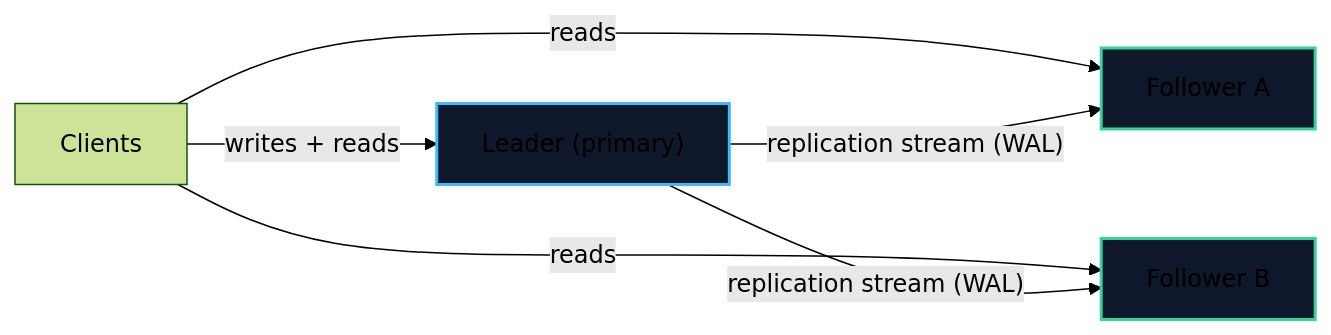
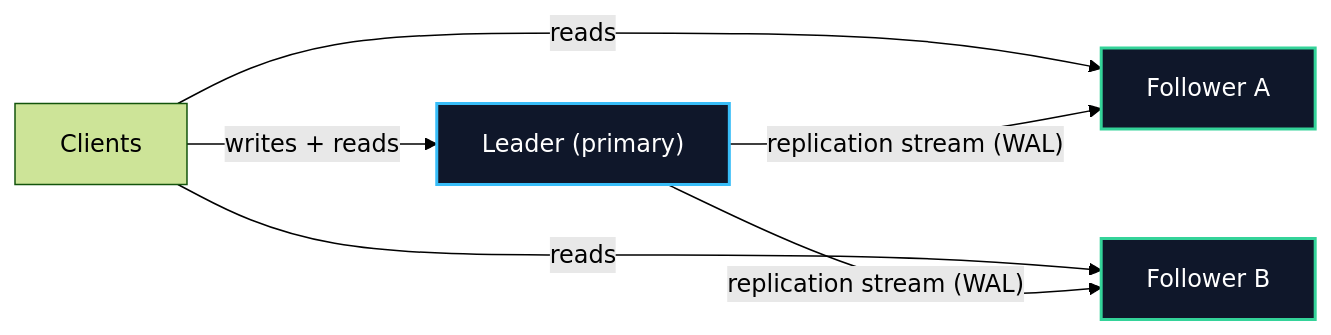
One commit to 1345AbhishekKumar/cs-cookbook changed the first of 4 diagrams in content/docs/databases-sql/04-distributed-data-and-nosql/01-replication.mdx. Above: the diagram before and after it, drawn with Mermaid (forest theme). The commit also changed other lines of this file and 80 other files, not shown here.

````diff
--- a/content/docs/databases-sql/04-distributed-data-and-nosql/01-replication.mdx
+++ b/content/docs/databases-sql/04-distributed-data-and-nosql/01-replication.mdx
@@ -27,12 +27,12 @@
 ```mermaid
 flowchart LR
     C["Clients"] -->|writes + reads| L["Leader (primary)"]
     C -->|reads| R1["Follower A"]
     C -->|reads| R2["Follower B"]
     L -->|"replication stream (WAL)"| R1
     L -->|"replication stream (WAL)"| R2
 
-    style L fill:#0f172a,stroke:#38bdf8,stroke-width:2px
-    style R1 fill:#0f172a,stroke:#34d399,stroke-width:2px
-    style R2 fill:#0f172a,stroke:#34d399,stroke-width:2px
+    style L fill:#0f172a,stroke:#38bdf8,stroke-width:2px,color:#ffffff
+    style R1 fill:#0f172a,stroke:#34d399,stroke-width:2px,color:#ffffff
+    style R2 fill:#0f172a,stroke:#34d399,stroke-width:2px,color:#ffffff
 ```
````
